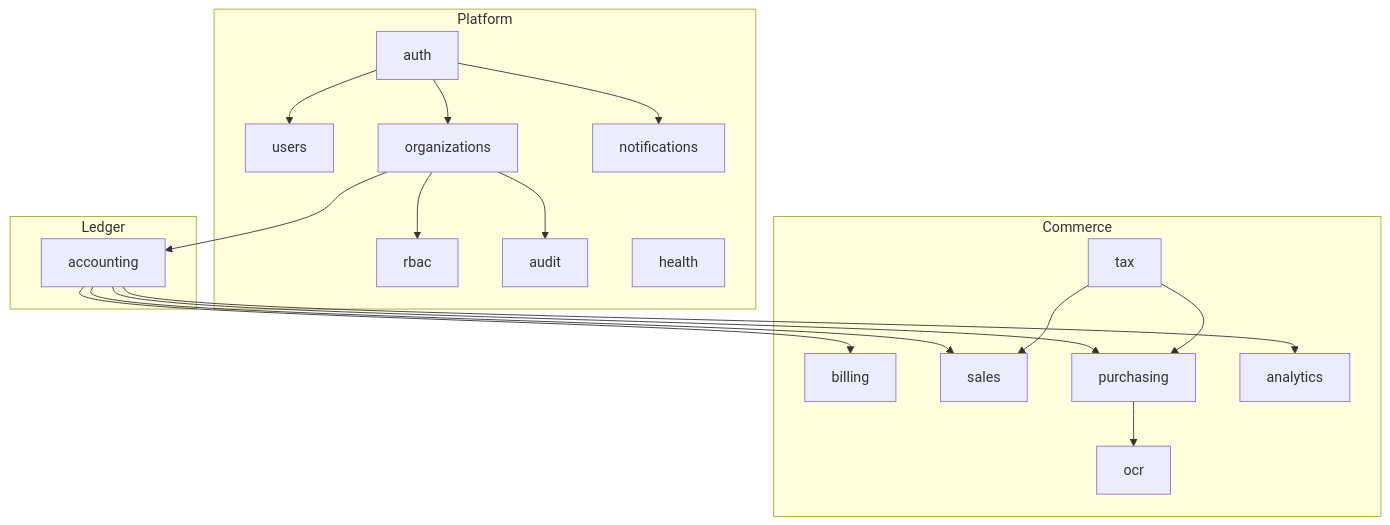
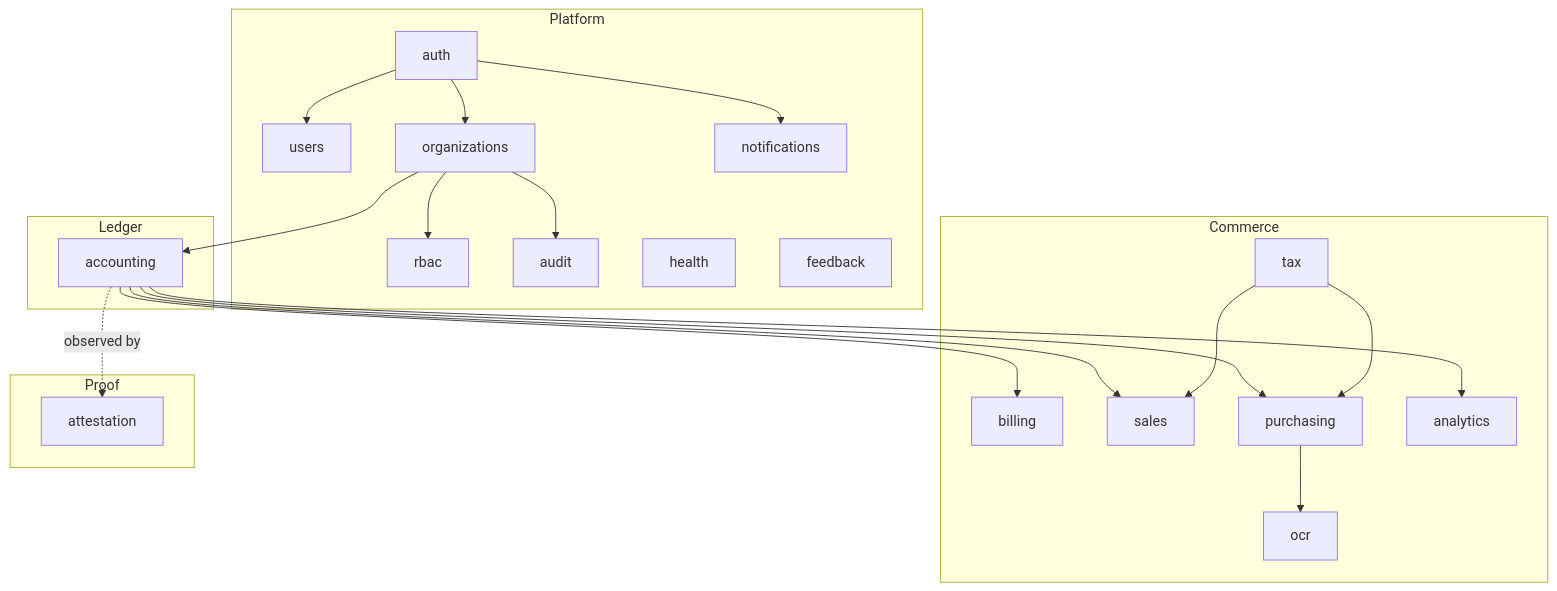
The third of 3 diagrams in docs/architecture.md (Madhur-Prakash/Stellar-ERP), drawn with Mermaid before and after one commit. The commit also changed other lines of this file and 11 other files, not shown here.

````diff
--- a/docs/architecture.md
+++ b/docs/architecture.md
@@ -184,33 +197,39 @@
 ```mermaid
 graph TD
     subgraph Platform
         AUTH[auth] --> USERS[users]
         AUTH --> ORGS[organizations]
         ORGS --> RBAC[rbac]
         ORGS --> AUDIT[audit]
         AUTH --> NOTIF[notifications]
         HEALTH[health]
+        FEEDBACK[feedback]
     end
 
     subgraph Ledger
         ACCT[accounting]
     end
 
     subgraph Commerce
         BILL[billing]
         SALES[sales]
         PURCH[purchasing]
         OCR[ocr]
         TAX[tax]
         ANALYTICS[analytics]
     end
 
+    subgraph Proof
+        ATT[attestation]
+    end
+
     ORGS --> ACCT
     ACCT --> BILL
     ACCT --> SALES
     ACCT --> PURCH
     TAX --> SALES
     TAX --> PURCH
     PURCH --> OCR
     ACCT --> ANALYTICS
+    ACCT -.observed by.-> ATT
 ```
````
